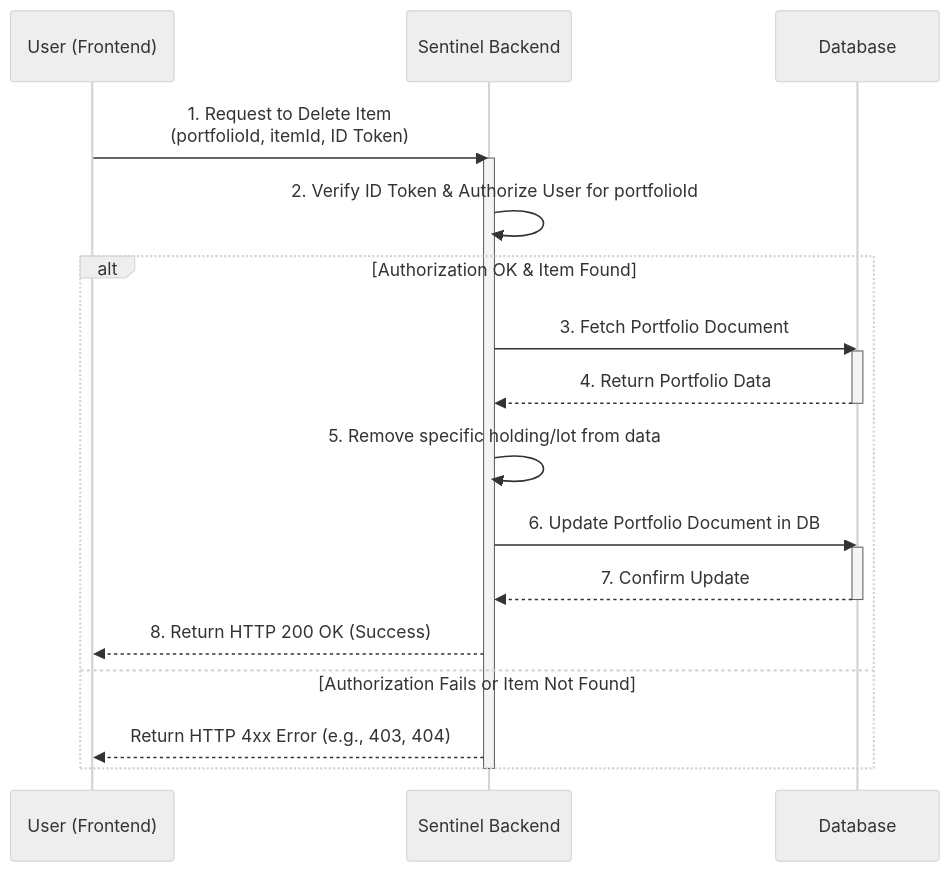
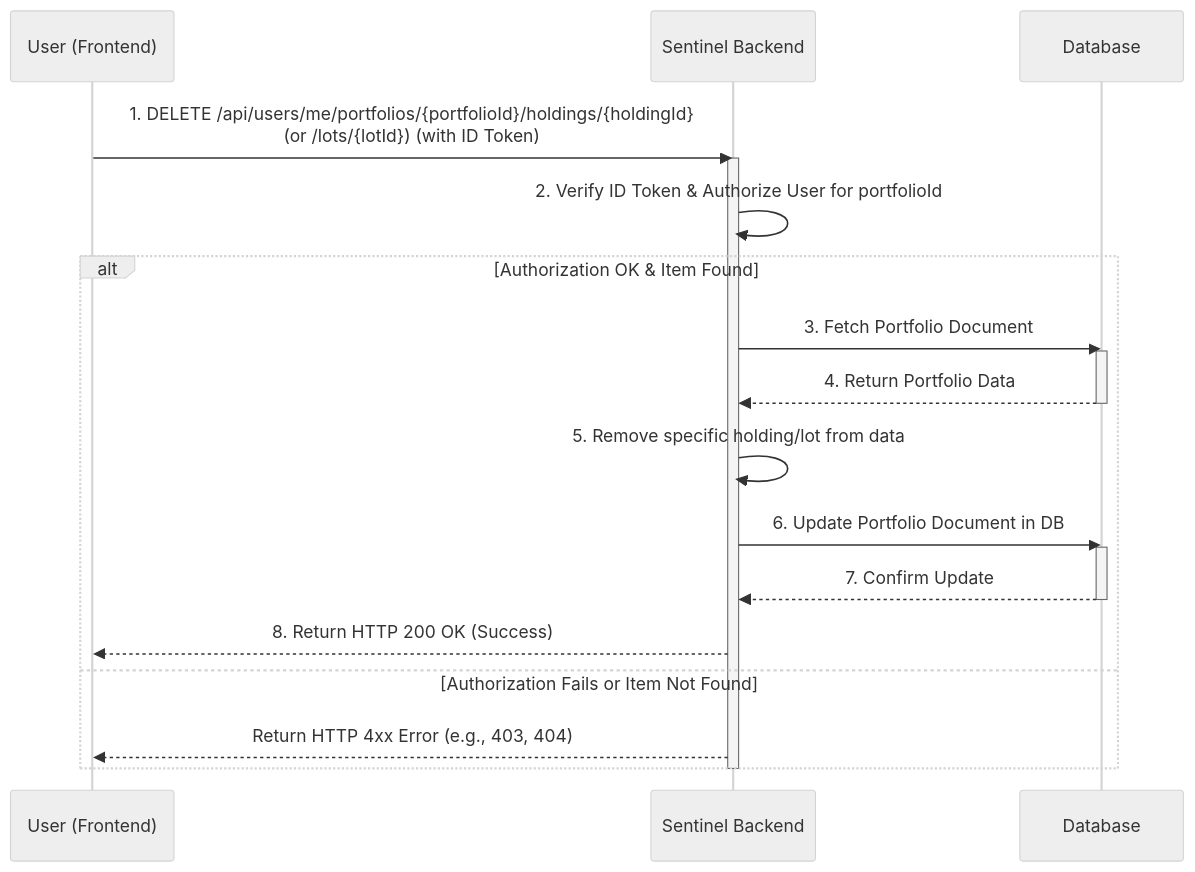
Before and after one commit to enzhao/Sentinel: the eighth of 12 diagrams in product_spec.md, drawn with Mermaid (neutral theme). The commit also changed other lines of this file, not shown here.

Commit message:
docs(spec): changed the handling of portfolio endpoints. #4

````diff
--- a/product_spec.md
+++ b/product_spec.md
@@ -536,29 +537,29 @@
 ```mermaid
 sequenceDiagram
     participant User as User (Frontend)
     participant Sentinel as Sentinel Backend
     participant DB as Database
 
-    User->>Sentinel: 1. Request to Delete Item<br> (portfolioId, itemId, ID Token)
+    User->>Sentinel: 1. DELETE /api/users/me/portfolios/{portfolioId}/holdings/{holdingId}<br> (or /lots/{lotId}) (with ID Token)
     activate Sentinel
     Sentinel->>Sentinel: 2. Verify ID Token & Authorize User for portfolioId
     
     alt Authorization OK & Item Found
         Sentinel->>DB: 3. Fetch Portfolio Document
         activate DB
         DB-->>Sentinel: 4. Return Portfolio Data
         deactivate DB
         
         Sentinel->>Sentinel: 5. Remove specific holding/lot from data
         
         Sentinel->>DB: 6. Update Portfolio Document in DB
         activate DB
         DB-->>Sentinel: 7. Confirm Update
         deactivate DB
         
         Sentinel-->>User: 8. Return HTTP 200 OK (Success)
     else Authorization Fails or Item Not Found
         Sentinel-->>User: Return HTTP 4xx Error (e.g., 403, 404)
     end
     deactivate Sentinel
 ```
````
